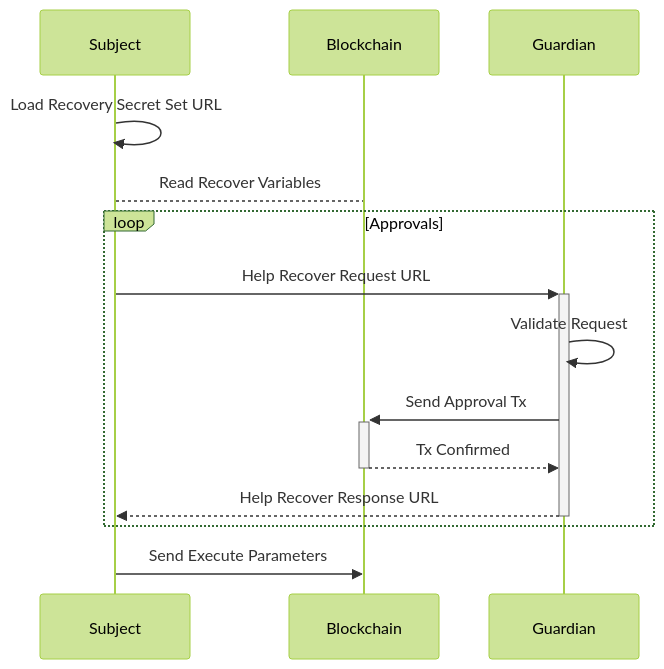
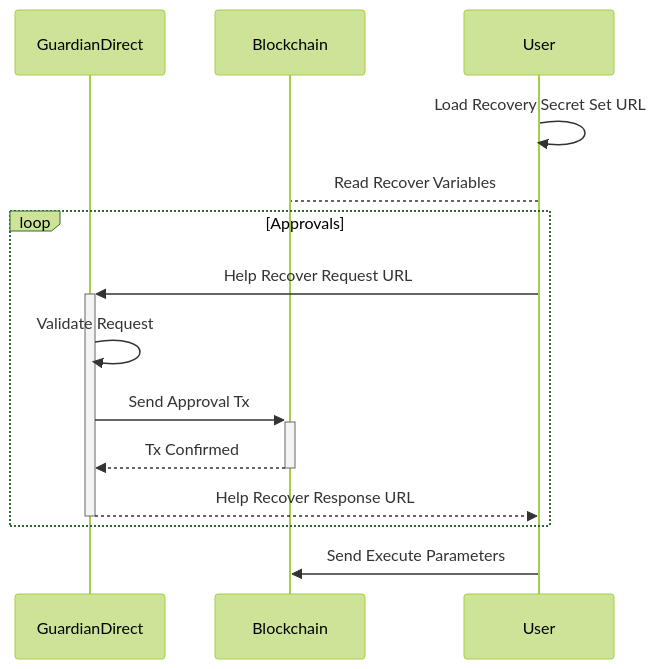
Before and after one commit to ethereum/EIPs: diagram 13 of 17 in EIPS/eip-2429.md, drawn with Mermaid (forest theme). The commit also changed other lines of this file, not shown here.

````diff
--- a/EIPS/eip-2429.md
+++ b/EIPS/eip-2429.md
@@ -384,16 +386,17 @@
 ```mermaid
 sequenceDiagram
-    participant Subject
+    participant GuardianDirect
     participant Blockchain
-    participant Guardian
-    Subject->>Subject: Load Recovery Secret Set URL
-    Subject-->Blockchain: Read Recover Variables
+    participant User
+    
+    User->>User: Load Recovery Secret Set URL
+    User-->Blockchain: Read Recover Variables
     loop Approvals
-        Subject->>+Guardian: Help Recover Request URL
-        Guardian->>Guardian: Validate Request
-        Guardian->>+Blockchain: Send Approval Tx
-        Blockchain-->>-Guardian: Tx Confirmed
-        Guardian-->>-Subject: Help Recover Response URL
+        User->>+GuardianDirect: Help Recover Request URL
+        GuardianDirect->>GuardianDirect: Validate Request
+        GuardianDirect->>+Blockchain: Send Approval Tx
+        Blockchain-->>-GuardianDirect: Tx Confirmed
+        GuardianDirect-->>-User: Help Recover Response URL
     end 
-    Subject->>Blockchain: Send Execute Parameters
+    User->>Blockchain: Send Execute Parameters
 ```
````
